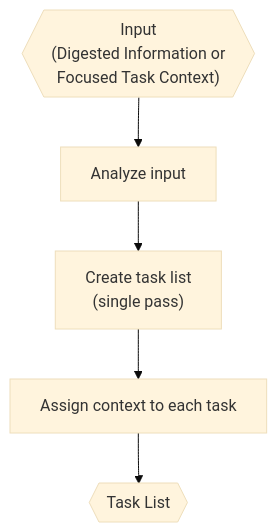
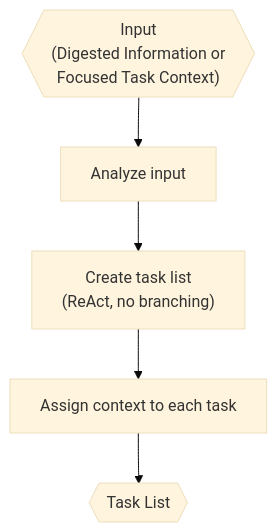
One commit to VJyzCELERY/TINYCUA changed the diagram in src/tinycua/docs/architecture/task-analysis.md. Above: the diagram before and after it, drawn with Mermaid (base theme). The commit also changed other lines of this file and 5 other files, not shown here.

````diff
--- a/src/tinycua/docs/architecture/task-analysis.md
+++ b/src/tinycua/docs/architecture/task-analysis.md
@@ -40,13 +40,13 @@
 ```mermaid
 flowchart TD
     INPUT{{"Input\n(Digested Information or\nFocused Task Context)"}}
     ANALYZE["Analyze input"]
-    DECOMPOSE["Create task list\n(single pass)"]
+    DECOMPOSE["Create task list\n(ReAct, no branching)"]
     ASSIGN["Assign context to each task"]
     TL{{"Task List"}}
 
     INPUT --> ANALYZE
     ANALYZE --> DECOMPOSE
     DECOMPOSE --> ASSIGN
     ASSIGN --> TL
 ```
````
